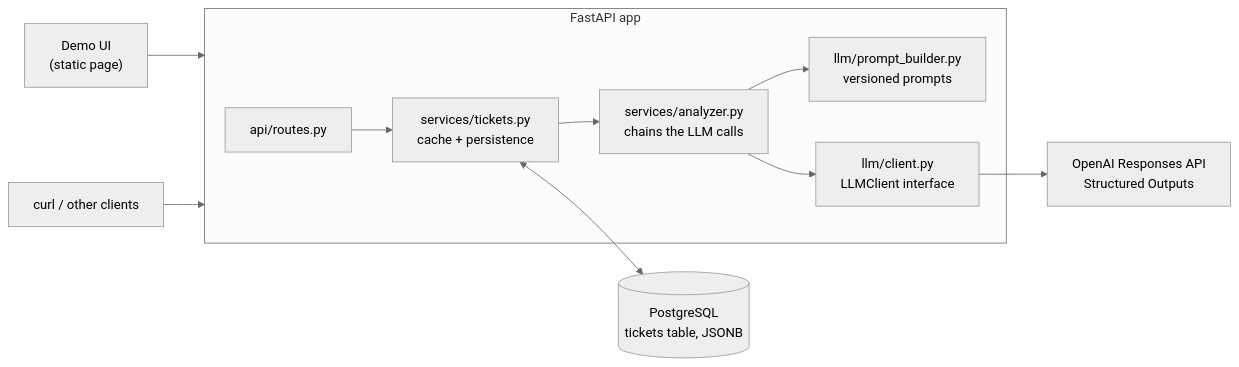
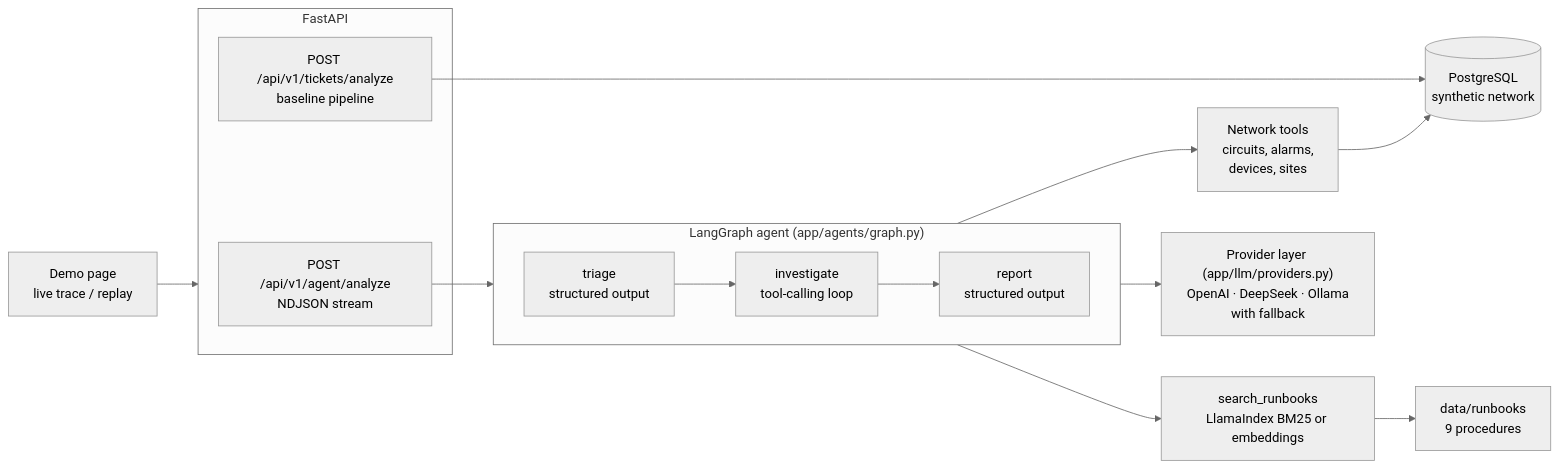
One commit to Antonella94duarte/noc-ticket-assistant changed the diagram in README.md. Above: the diagram before and after it, drawn with Mermaid (neutral theme). The commit also changed other lines of this file and 16 other files, not shown here.

First line of the commit message:
Present the agents: streamed trace, demo replays and README

````diff
--- a/README.md
+++ b/README.md
@@ -43,13 +70,19 @@
 ```mermaid
 flowchart LR
-    UI["Demo UI<br/>(static page)"] --> API
-    Client["curl / other clients"] --> API
-    subgraph API["FastAPI app"]
-        Routes["api/routes.py"] --> Service["services/tickets.py<br/>cache + persistence"]
-        Service --> Analyzer["services/analyzer.py<br/>chains the LLM calls"]
-        Analyzer --> Prompts["llm/prompt_builder.py<br/>versioned prompts"]
-        Analyzer --> LLM["llm/client.py<br/>LLMClient interface"]
+    UI["Demo page<br/>live trace / replay"] --> API
+    subgraph API["FastAPI"]
+        AgentEP["POST /api/v1/agent/analyze<br/>NDJSON stream"]
+        PipeEP["POST /api/v1/tickets/analyze<br/>baseline pipeline"]
     end
-    Service <--> DB[("PostgreSQL<br/>tickets table, JSONB")]
-    LLM --> OpenAI["OpenAI Responses API<br/>Structured Outputs"]
+    AgentEP --> Graph
+    subgraph Graph["LangGraph agent (app/agents/graph.py)"]
+        direction LR
+        T["triage<br/>structured output"] --> I["investigate<br/>tool-calling loop"] --> R["report<br/>structured output"]
+    end
+    I --> Tools["Network tools<br/>circuits, alarms,<br/>devices, sites"]
+    I --> RAG["search_runbooks<br/>LlamaIndex BM25 or embeddings"]
+    Tools --> DB[("PostgreSQL<br/>synthetic network")]
+    RAG --> RB["data/runbooks<br/>9 procedures"]
+    Graph --> LLM["Provider layer (app/llm/providers.py)<br/>OpenAI · DeepSeek · Ollama<br/>with fallback"]
+    PipeEP --> DB
 ```
````
